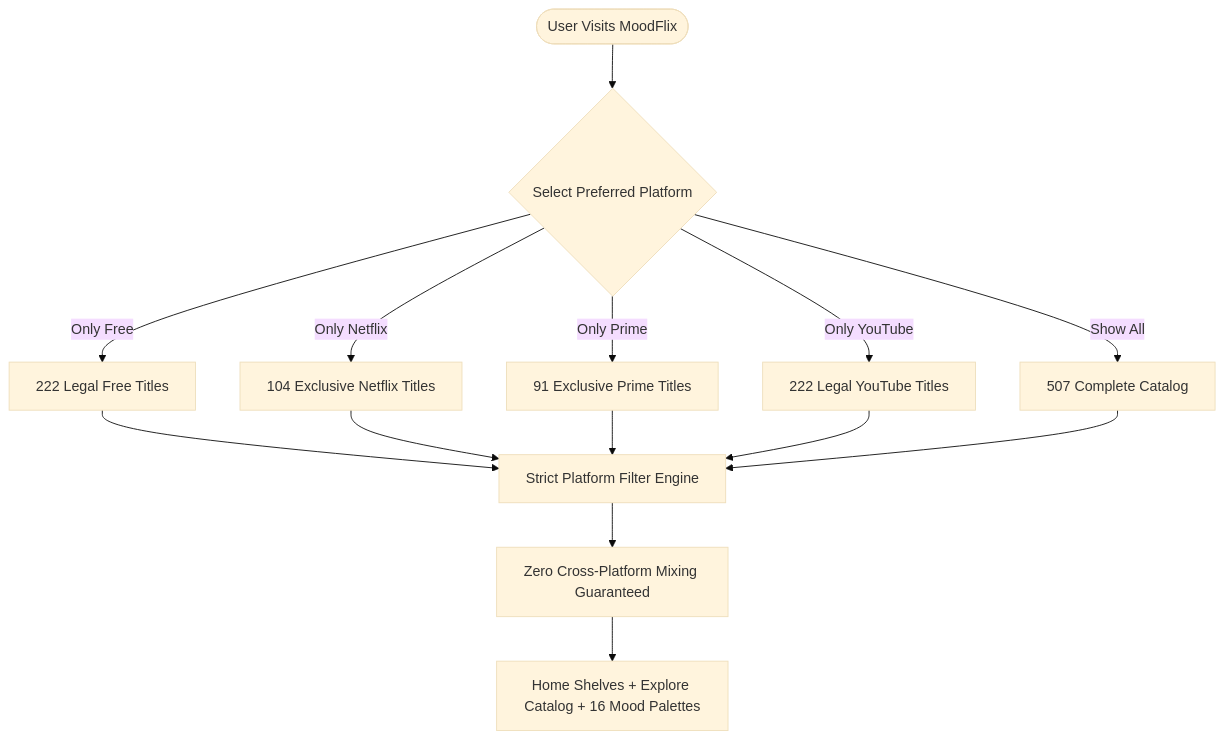
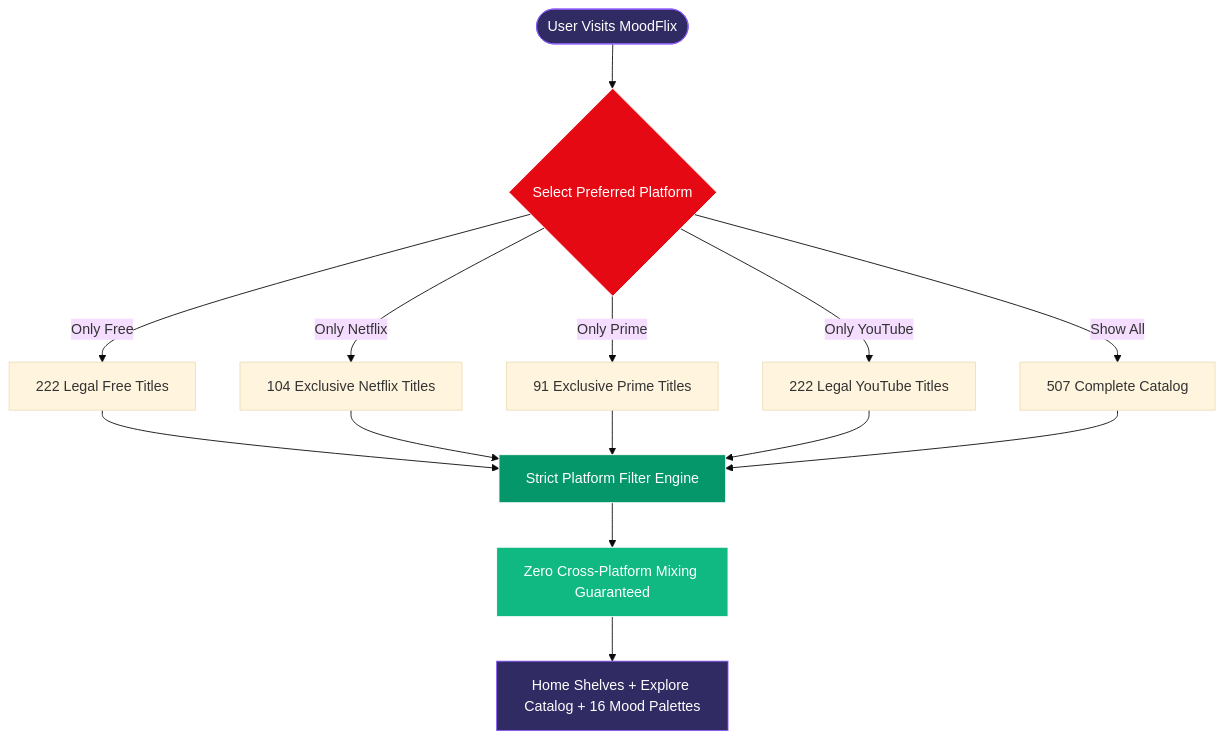
Before and after one commit to Dhruvi-tech/Moodflix: the diagram in README.md, drawn with Mermaid (base theme). The commit also changed other lines of this file, not shown here.

````diff
--- a/README.md
+++ b/README.md
@@ -96,18 +138,24 @@
 ```mermaid
 flowchart TD
     User([User Visits MoodFlix]) --> Modal{Select Preferred Platform}
     Modal -->|Only Free| FreePool[222 Legal Free Titles]
     Modal -->|Only Netflix| NetPool[104 Exclusive Netflix Titles]
     Modal -->|Only Prime| PrimePool[91 Exclusive Prime Titles]
     Modal -->|Only YouTube| YTPool[222 Legal YouTube Titles]
     Modal -->|Show All| AllPool[507 Complete Catalog]
 
     FreePool --> StrictFilter[Strict Platform Filter Engine]
     NetPool --> StrictFilter
     PrimePool --> StrictFilter
     YTPool --> StrictFilter
     AllPool --> StrictFilter
 
     StrictFilter --> ZeroLeakage[Zero Cross-Platform Mixing Guaranteed]
     ZeroLeakage --> Views[Home Shelves + Explore Catalog + 16 Mood Palettes]
+
+    style User fill:#302b63,stroke:#8B5CF6,color:#fff
+    style Modal fill:#E50914,stroke:#fff,color:#fff
+    style StrictFilter fill:#059669,stroke:#fff,color:#fff
+    style ZeroLeakage fill:#10B981,stroke:#fff,color:#fff
+    style Views fill:#302b63,stroke:#8B5CF6,color:#fff
 ```
````
